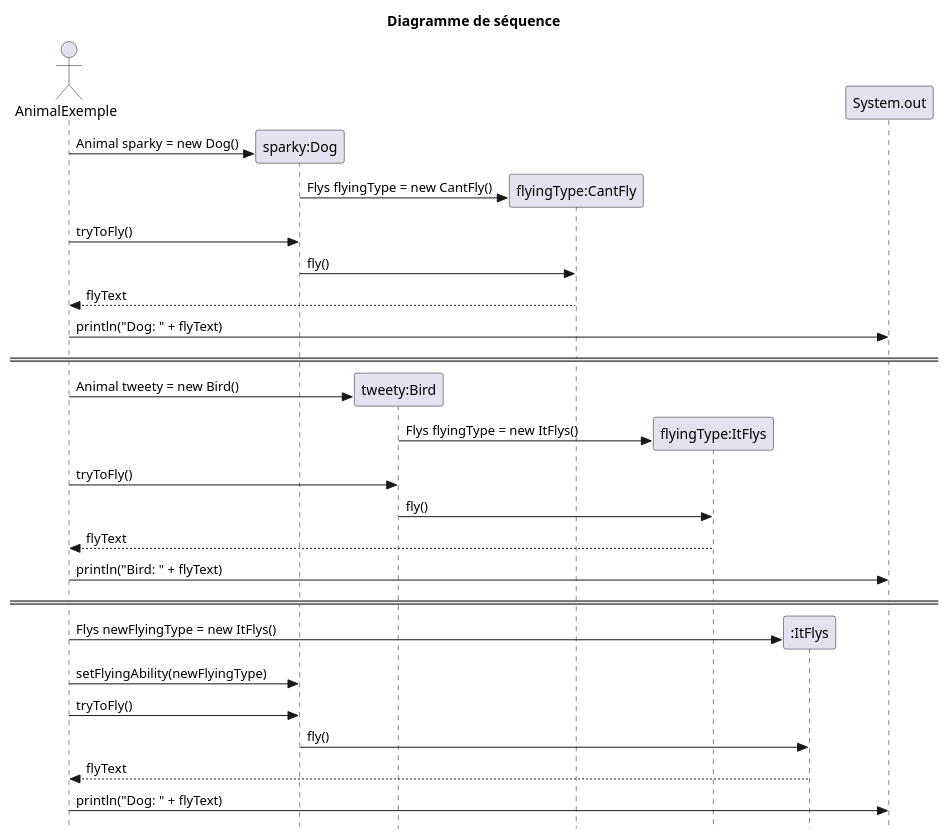
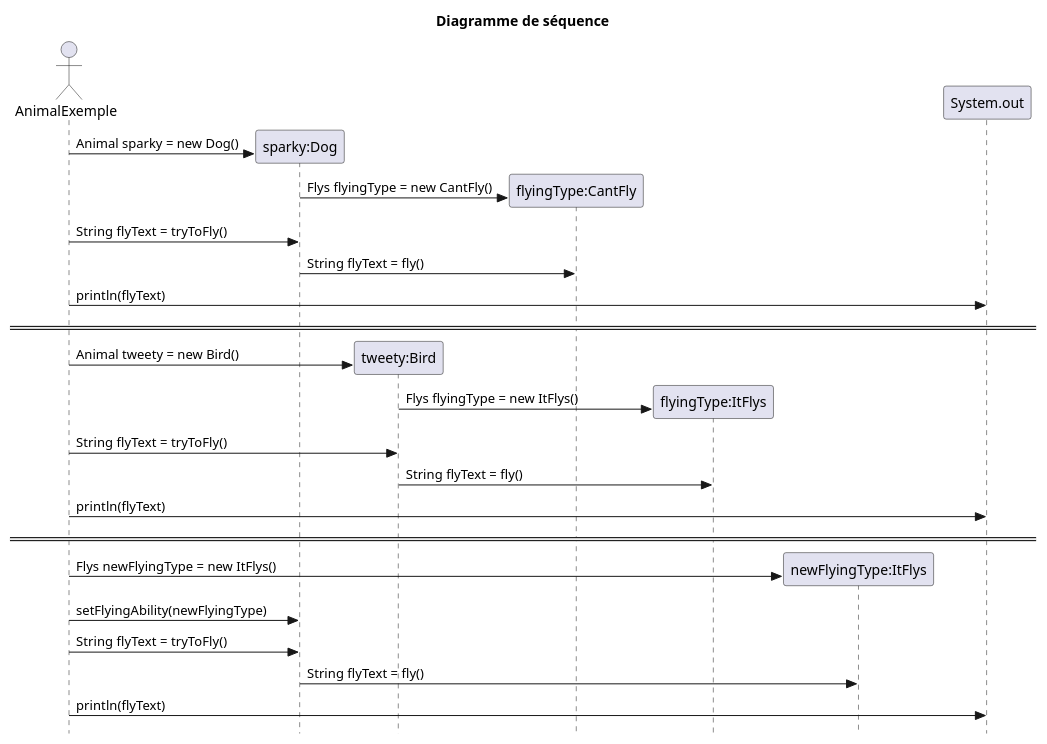
The second of 2 diagrams in src/main/java/Strategie/Animal/README.puml (yvanross/LOG121-GOF-exemples), drawn with PlantUML before and after one commit. The commit also changed other lines of this file and 27 other files, not shown here.

```diff
--- a/src/main/java/Strategie/Animal/README.puml
+++ b/src/main/java/Strategie/Animal/README.puml
@@ -48,36 +48,34 @@
-@startuml diagamme de séquence
+@startuml DSS
 
 skinparam Style strictuml
 title Diagramme de séquence
 actor AnimalExemple
 participant "sparky:Dog" as Dog
 participant "tweety:Bird" as Bird
 participant "flyingType:CantFly" as CantFly
 participant "flyingType:ItFlys" as CanFly
-participant ":ItFlys" as CanFly2
+participant "newFlyingType:ItFlys" as CanFly2
 participant "System.out" as sysout
 
 AnimalExemple -> Dog ** : Animal sparky = new Dog()
 Dog -> CantFly ** : Flys flyingType = new CantFly()
-AnimalExemple -> Dog : tryToFly()
-Dog -> CantFly : fly()
-CantFly --> AnimalExemple : flyText
-AnimalExemple -> sysout : println("Dog: " + flyText)
+AnimalExemple -> Dog : String flyText = tryToFly()
+Dog -> CantFly : String flyText = fly()
+AnimalExemple -> sysout: println(flyText)
 == ==
 
 AnimalExemple -> Bird ** : Animal tweety = new Bird()
 Bird -> CanFly ** : Flys flyingType = new ItFlys()
-AnimalExemple -> Bird : tryToFly()
-Bird -> CanFly : fly()
-CanFly --> AnimalExemple : flyText
-AnimalExemple -> sysout : println("Bird: " + flyText)
+AnimalExemple -> Bird : String flyText = tryToFly()
+Bird -> CanFly : String flyText = fly()
+AnimalExemple -> sysout: println(flyText)
+
 == ==
 
 AnimalExemple -> CanFly2 ** : Flys newFlyingType = new ItFlys()
 AnimalExemple -> Dog : setFlyingAbility(newFlyingType)
-AnimalExemple -> Dog : tryToFly()
-Dog -> CanFly2 : fly()
-CanFly2 --> AnimalExemple : flyText
-AnimalExemple -> sysout : println("Dog: " + flyText)
+AnimalExemple -> Dog : String flyText = tryToFly()
+Dog -> CanFly2 : String flyText = fly()
+AnimalExemple -> sysout: println(flyText)
 
 @enduml
```
